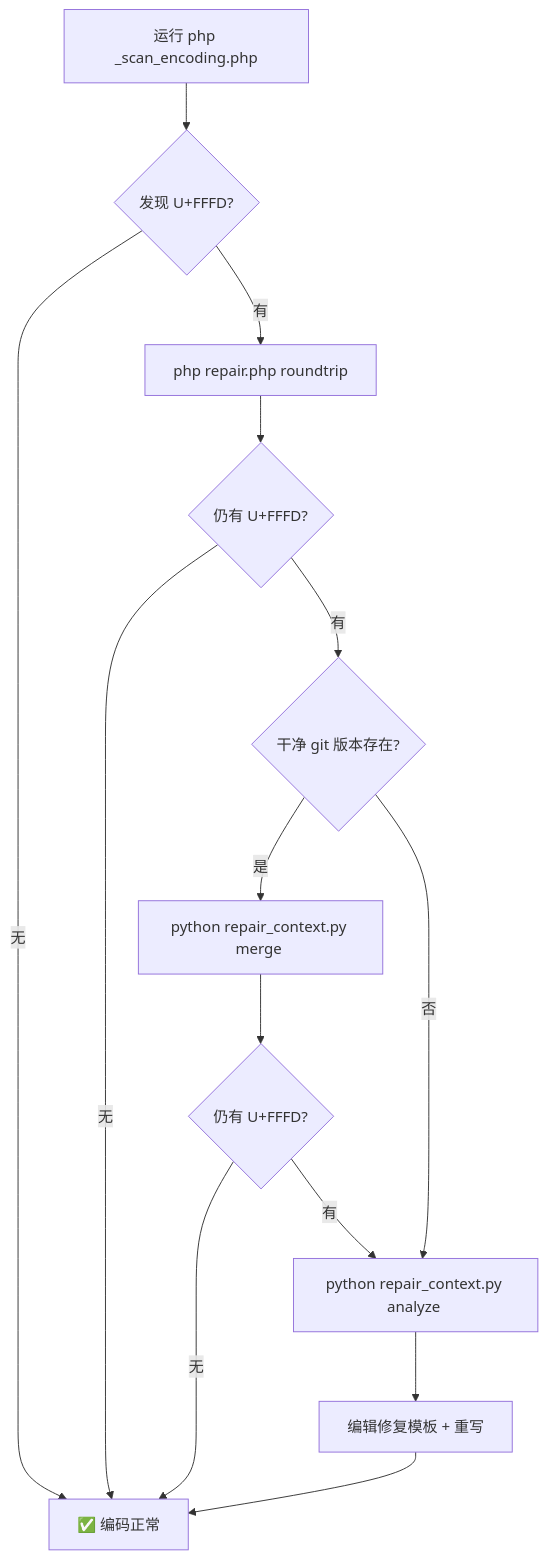
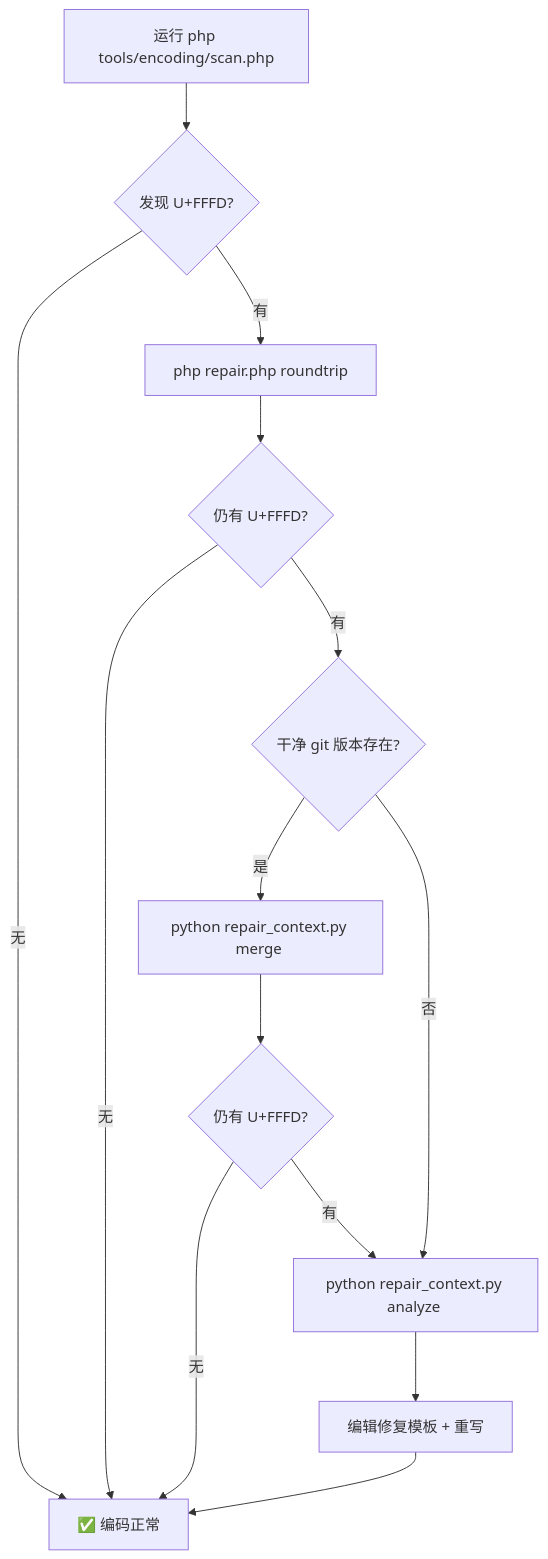
Before and after one commit to xingye00186/Px: the diagram in tools/encoding/README.md, drawn with Mermaid. The commit also changed other lines of this file and 2 other files, not shown here.

First line of the commit message:
refactor: 编码工具迁移至 tools/encoding/ + LayoutResolver 乱码修复

````diff
--- a/tools/encoding/README.md
+++ b/tools/encoding/README.md
@@ -110,16 +110,16 @@
 ```mermaid
 graph TD
-    A[运行 php _scan_encoding.php] --> B{发现 U+FFFD?}
+    A[运行 php tools/encoding/scan.php] --> B{发现 U+FFFD?}
     B -->|无| C[✅ 编码正常]
     B -->|有| D[php repair.php roundtrip <file>]
     D --> E{仍有 U+FFFD?}
     E -->|无| C
     E -->|有| F{干净 git 版本存在?}
     F -->|是| G[python repair_context.py merge <file>]
     G --> H{仍有 U+FFFD?}
     H -->|无| C
     H -->|有| I[python repair_context.py analyze <file>]
     F -->|否| I
     I --> J[编辑修复模板 + 重写]
     J --> C
 ```
````
